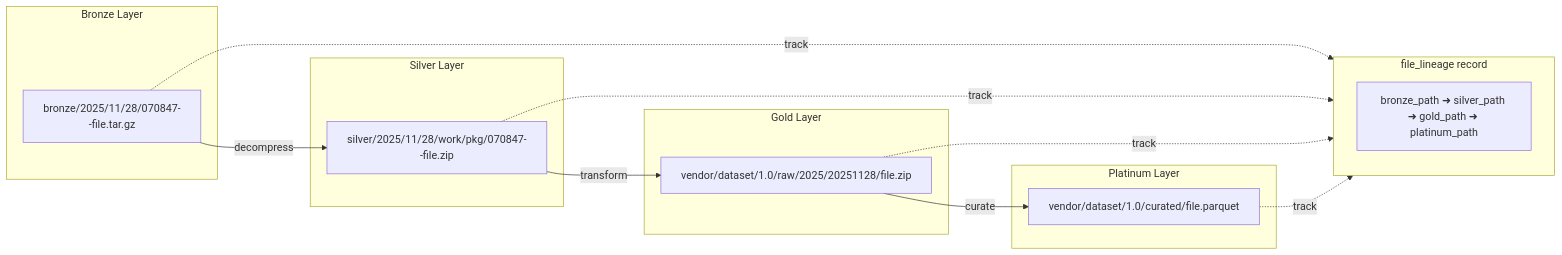
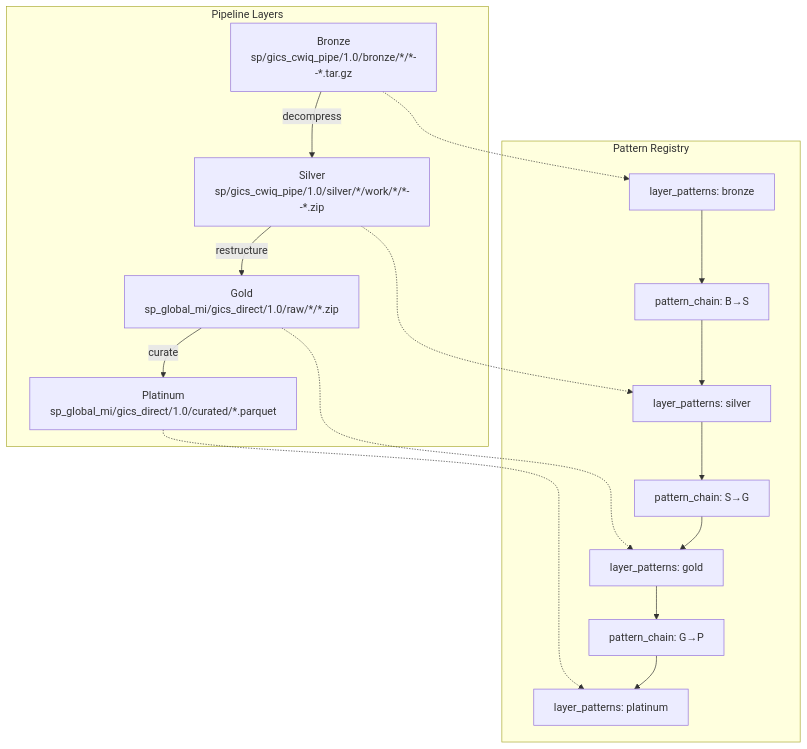
The third of 5 diagrams in docs/ideas/investigation-db.md (ThanuMahee12/AgentContext), drawn with Mermaid before and after one commit. The commit also changed other lines of this file, not shown here.

Commit message:
docs: redesign Investigation DB as pattern-centric reverse lookup

````diff
--- a/docs/ideas/investigation-db.md
+++ b/docs/ideas/investigation-db.md
@@ -192,31 +198,33 @@
 ```mermaid
-flowchart LR
-    subgraph Bronze["Bronze Layer"]
-        B1[bronze/2025/11/28/070847--file.tar.gz]
+flowchart TB
+    subgraph Layers["Pipeline Layers"]
+        B["Bronze<br/>sp/gics_cwiq_pipe/1.0/bronze/*/*--*.tar.gz"]
+        S["Silver<br/>sp/gics_cwiq_pipe/1.0/silver/*/work/*/*--*.zip"]
+        G["Gold<br/>sp_global_mi/gics_direct/1.0/raw/*/*.zip"]
+        P["Platinum<br/>sp_global_mi/gics_direct/1.0/curated/*.parquet"]
+
+        B -->|decompress| S
+        S -->|restructure| G
+        G -->|curate| P
     end
 
-    subgraph Silver["Silver Layer"]
-        S1[silver/2025/11/28/work/pkg/070847--file.zip]
+    subgraph Registry["Pattern Registry"]
+        LP1[layer_patterns: bronze]
+        LP2[layer_patterns: silver]
+        LP3[layer_patterns: gold]
+        LP4[layer_patterns: platinum]
+
+        PC1[pattern_chain: B→S]
+        PC2[pattern_chain: S→G]
+        PC3[pattern_chain: G→P]
     end
 
-    subgraph Gold["Gold Layer"]
-        G1[vendor/dataset/1.0/raw/2025/20251128/file.zip]
-    end
+    B -.-> LP1
+    S -.-> LP2
+    G -.-> LP3
+    P -.-> LP4
 
-    subgraph Platinum["Platinum Layer"]
-        P1[vendor/dataset/1.0/curated/file.parquet]
-    end
-
-    B1 -->|"decompress"| S1
-    S1 -->|"transform"| G1
-    G1 -->|"curate"| P1
-
-    subgraph DB["file_lineage record"]
-        L[bronze_path ➜ silver_path ➜ gold_path ➜ platinum_path]
-    end
-
-    B1 -.->|"track"| DB
-    S1 -.->|"track"| DB
-    G1 -.->|"track"| DB
-    P1 -.->|"track"| DB
+    LP1 --> PC1 --> LP2
+    LP2 --> PC2 --> LP3
+    LP3 --> PC3 --> LP4
 ```
````
